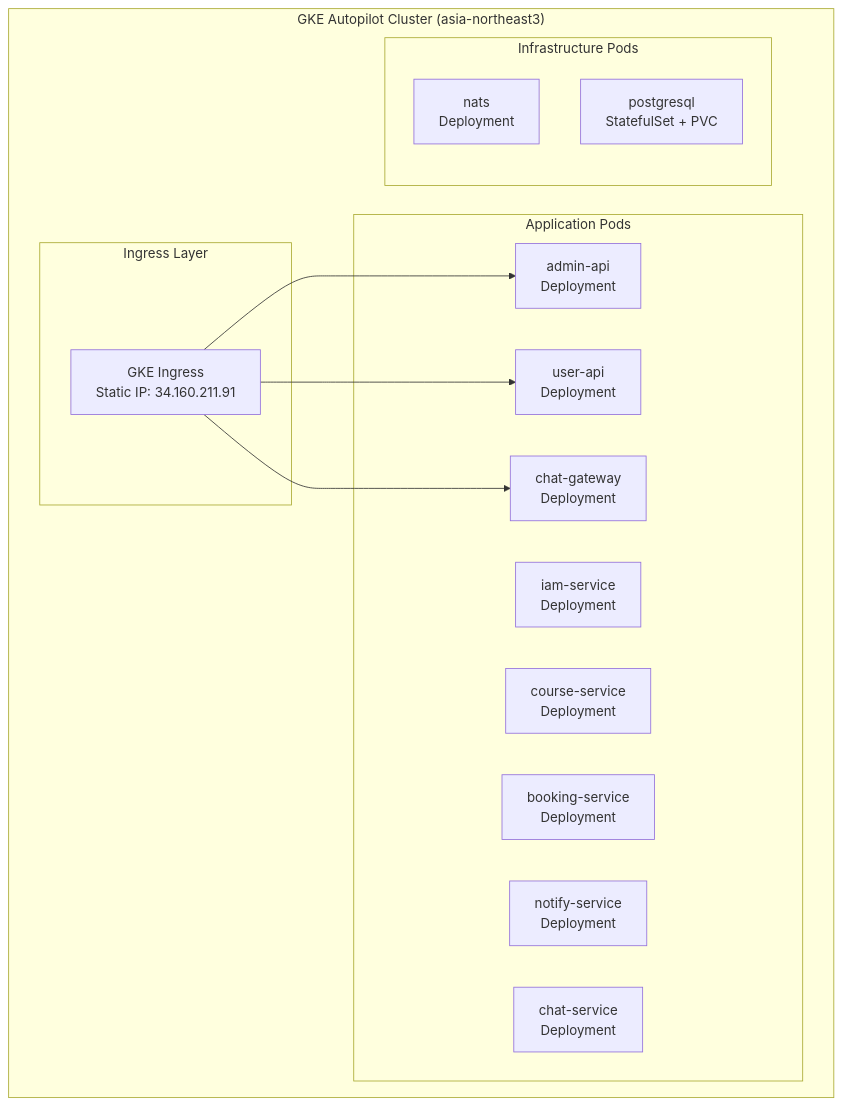
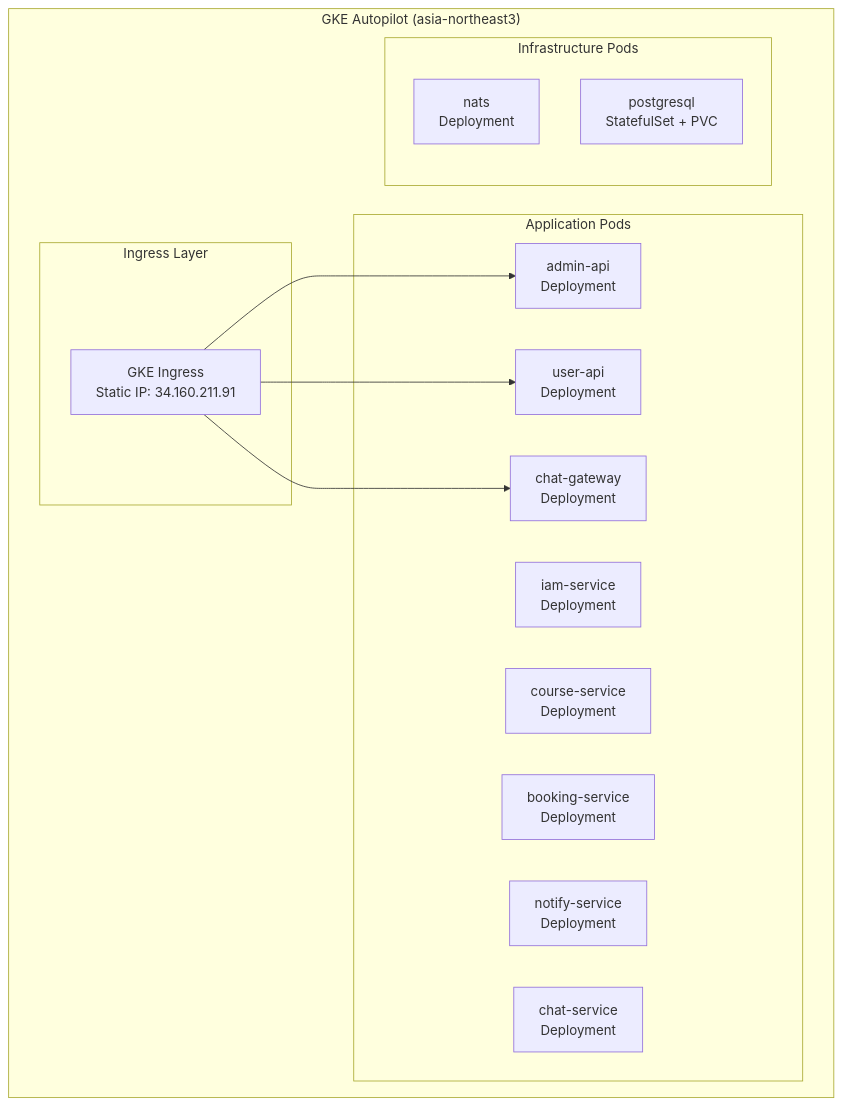
One commit to uniyous/parkgolf-platform changed the seventh of 8 diagrams in docs/ARCHITECTURE.md. Above: the diagram before and after it, drawn with Mermaid. The commit also changed other lines of this file, not shown here.

First line of the commit message:
docs: ARCHITECTURE.md 최신화 - 신규 서비스 추가

````diff
--- a/docs/ARCHITECTURE.md
+++ b/docs/ARCHITECTURE.md
@@ -701,28 +903,28 @@
 ```mermaid
 graph TD
-    subgraph "GKE Autopilot Cluster (asia-northeast3)"
+    subgraph "GKE Autopilot (asia-northeast3)"
         subgraph "Ingress Layer"
             ING[GKE Ingress<br/>Static IP: 34.160.211.91]
         end
 
         subgraph "Application Pods"
             AAPI[admin-api<br/>Deployment]
             UAPI[user-api<br/>Deployment]
             CHATGW[chat-gateway<br/>Deployment]
             IAM[iam-service<br/>Deployment]
             COURSE[course-service<br/>Deployment]
             BOOK[booking-service<br/>Deployment]
             NOTIFY[notify-service<br/>Deployment]
             CHAT[chat-service<br/>Deployment]
         end
 
         subgraph "Infrastructure Pods"
             NATS[nats<br/>Deployment]
             PG[postgresql<br/>StatefulSet + PVC]
         end
     end
 
     ING --> AAPI
     ING --> UAPI
     ING --> CHATGW
 ```
````
